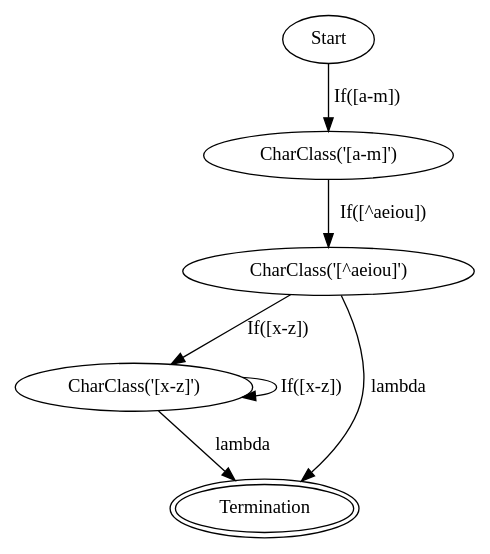
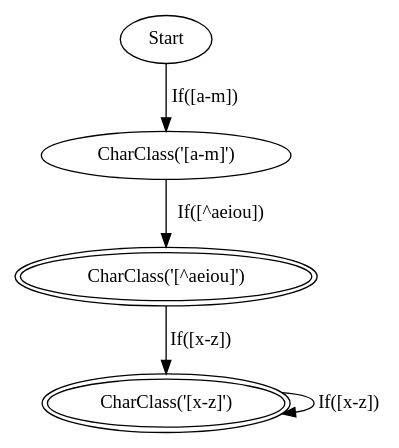
Before and after one commit to kerfmanner/Regex_FSM: the diagram in examples/pattern4.dot, drawn with Graphviz. The commit also changed 14 other files, not shown here.

```diff
--- a/examples/pattern4.dot
+++ b/examples/pattern4.dot
@@ -1,13 +1,10 @@
 digraph FSM {
 node0 [label="Start"];
 node0 -> node1 [label="If([a-m])"];
 node1 [label="CharClass('[a-m]')"];
 node1 -> node2 [label="If([^aeiou])"];
-node2 [label="CharClass('[^aeiou]')"];
+node2 [label="CharClass('[^aeiou]')", peripheries=2];
 node2 -> node3 [label="If([x-z])"];
-node2 -> node4 [label="lambda"];
-node3 [label="CharClass('[x-z]')"];
+node3 [label="CharClass('[x-z]')", peripheries=2];
 node3 -> node3 [label="If([x-z])"];
-node3 -> node4 [label="lambda"];
-node4 [label="Termination", peripheries=2];
 }
```
